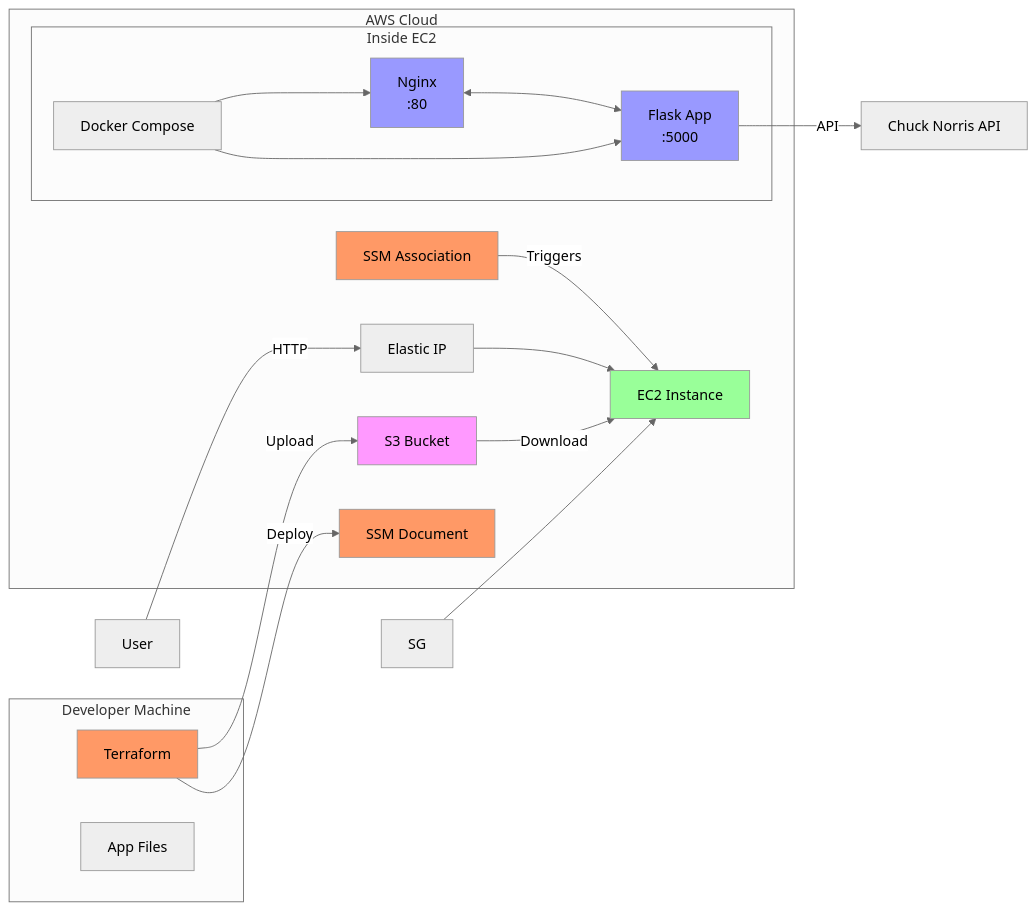
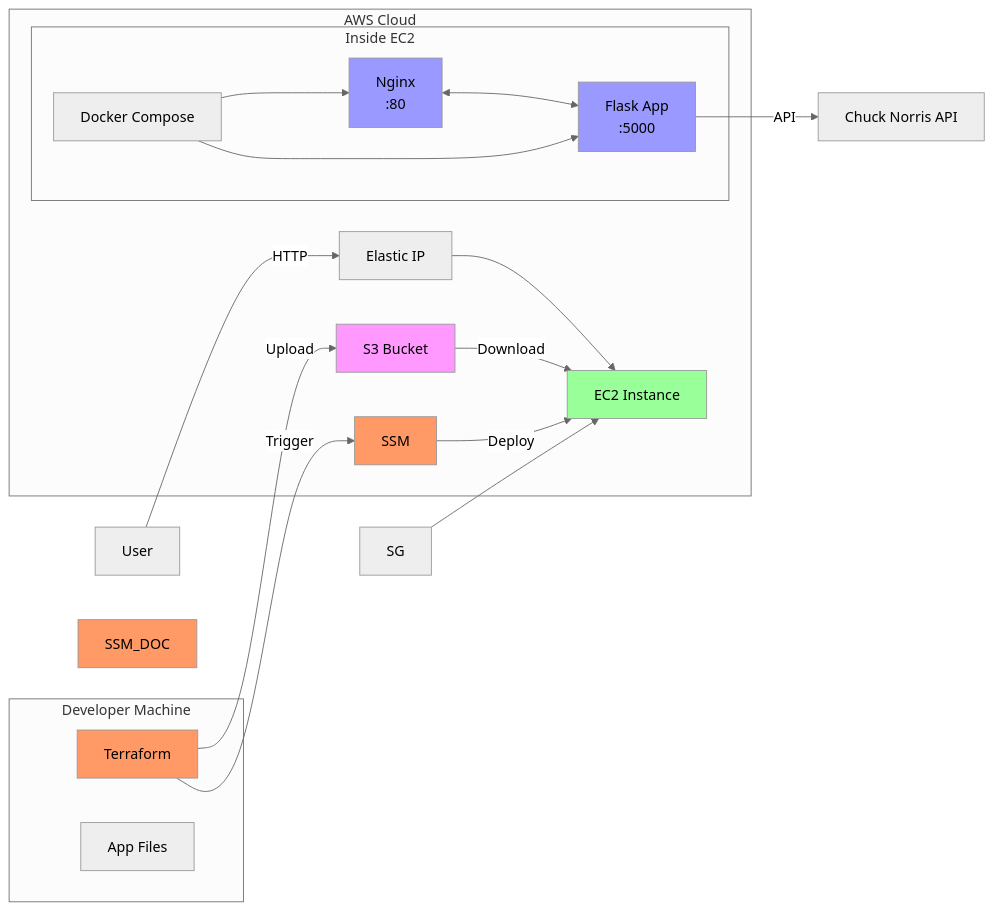
Before and after one commit to ilham9649/chucknoris-jokes: the diagram in README.md, drawn with Mermaid (neutral theme).

Commit message:
fix: update SSM diagram

````diff
--- a/README.md
+++ b/README.md
@@ -18,41 +18,40 @@
 ```mermaid
 graph LR
     subgraph Local["Developer Machine"]
         TF[Terraform]
         APP[App Files]
     end
 
     subgraph AWS["AWS Cloud"]
         S3[S3 Bucket]
         EIP[Elastic IP]
         EC2[EC2 Instance]
-        SSM[SSM Association]
-        SSM_DOC[SSM Document]
+        SSM[SSM]
         
         subgraph EC2_INSIDE["Inside EC2"]
             DOCKER[Docker Compose]
             NGINX[Nginx<br/>:80]
             FLASK[Flask App<br/>:5000]
         end
     end
 
     USER[User] -->|HTTP| EIP
     EIP --> EC2
     SG --> EC2
     TF -->|Upload| S3
-    TF -->|Deploy| SSM_DOC
-    SSM -->|Triggers| EC2
+    TF -->|Trigger| SSM
+    SSM -->|Deploy| EC2
     S3 -->|Download| EC2
     DOCKER --> NGINX
     DOCKER --> FLASK
     NGINX <--> FLASK
     FLASK -->|API| API[Chuck Norris API]
 
     style TF fill:#f96
     style S3 fill:#f9f
     style EC2 fill:#9f9
     style SSM fill:#f96
     style SSM_DOC fill:#f96
     style NGINX fill:#99f
     style FLASK fill:#99f
 ```
````
